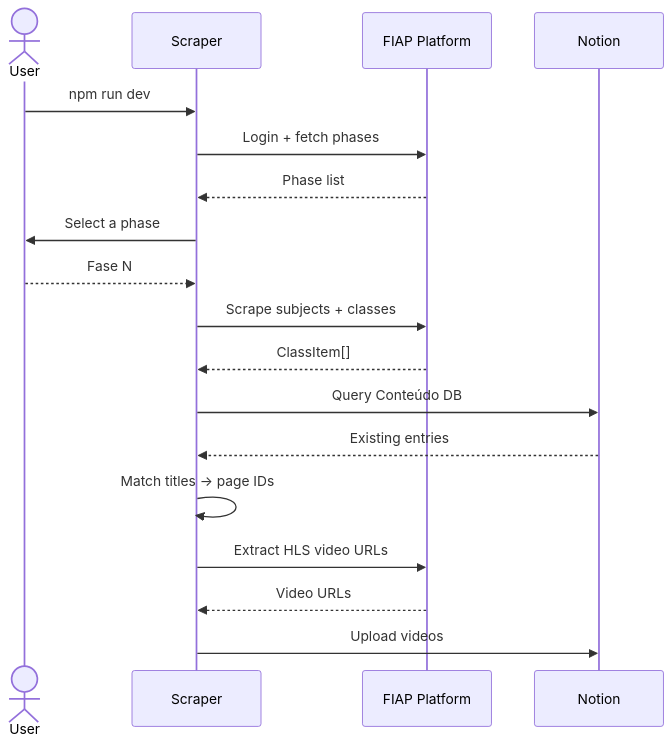
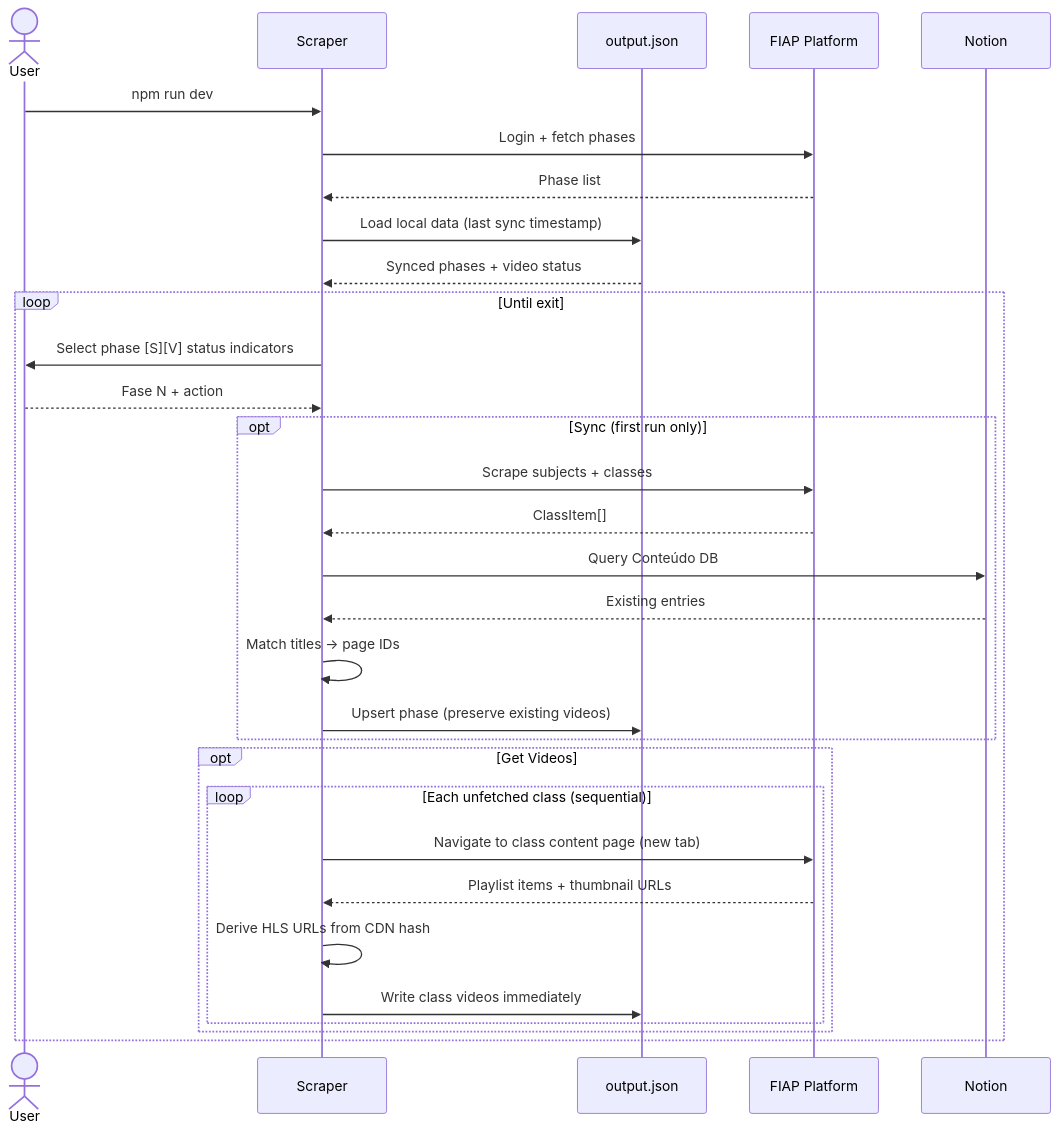
Before and after one commit to K-Schaeffer/fiap-to-notion: the first of 2 diagrams in README.md, drawn with Mermaid. The commit also changed other lines of this file and 2 other files, not shown here.

Commit message:
docs: update CLAUDE.md and README to reflect video scraping implementation
- CLAUDE.md: add content-video, state, utils modules; document state
  persistence semantics, CLI status indicators, and CloudFront WAF strategy
- README: update description and sequence diagram to reflect current
  implementation (persistence, incremental fetch, one-way linear flow)
- .gitignore: add output/ directory

````diff
--- a/README.md
+++ b/README.md
@@ -19,24 +19,37 @@
 ```mermaid
 sequenceDiagram
     actor user as User
     participant scraper as Scraper
+    participant state as output.json
     participant fiap as FIAP Platform
     participant notion as Notion
 
     user->>scraper: npm run dev
     scraper->>fiap: Login + fetch phases
     fiap-->>scraper: Phase list
-    scraper->>user: Select a phase
-    user-->>scraper: Fase N
+    scraper->>state: Load local data (last sync timestamp)
+    state-->>scraper: Synced phases + video status
 
-    scraper->>fiap: Scrape subjects + classes
-    fiap-->>scraper: ClassItem[]
+    loop Until exit
+        scraper->>user: Select phase [S][V] status indicators
+        user-->>scraper: Fase N + action
 
-    scraper->>notion: Query Conteúdo DB
-    notion-->>scraper: Existing entries
-    scraper->>scraper: Match titles → page IDs
+        opt Sync (first run only)
+            scraper->>fiap: Scrape subjects + classes
+            fiap-->>scraper: ClassItem[]
+            scraper->>notion: Query Conteúdo DB
+            notion-->>scraper: Existing entries
+            scraper->>scraper: Match titles → page IDs
+            scraper->>state: Upsert phase (preserve existing videos)
+        end
 
-    scraper->>fiap: Extract HLS video URLs
-    fiap-->>scraper: Video URLs
-    scraper->>notion: Upload videos
+        opt Get Videos
+            loop Each unfetched class (sequential)
+                scraper->>fiap: Navigate to class content page (new tab)
+                fiap-->>scraper: Playlist items + thumbnail URLs
+                scraper->>scraper: Derive HLS URLs from CDN hash
+                scraper->>state: Write class videos immediately
+            end
+        end
+    end
 ```
````
